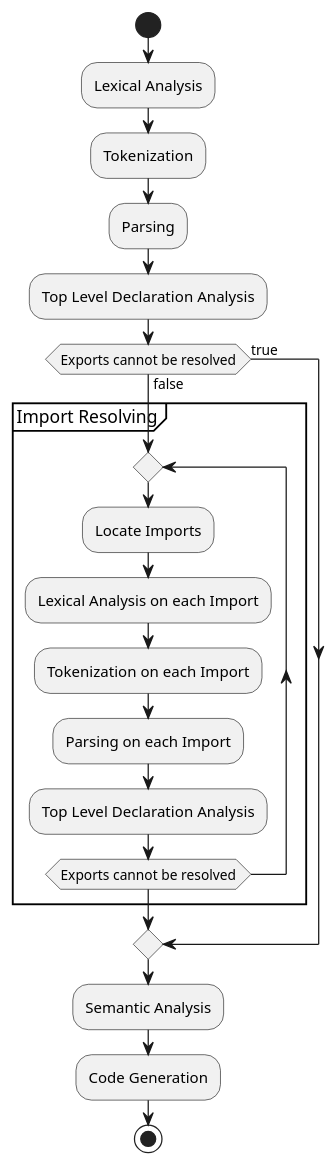
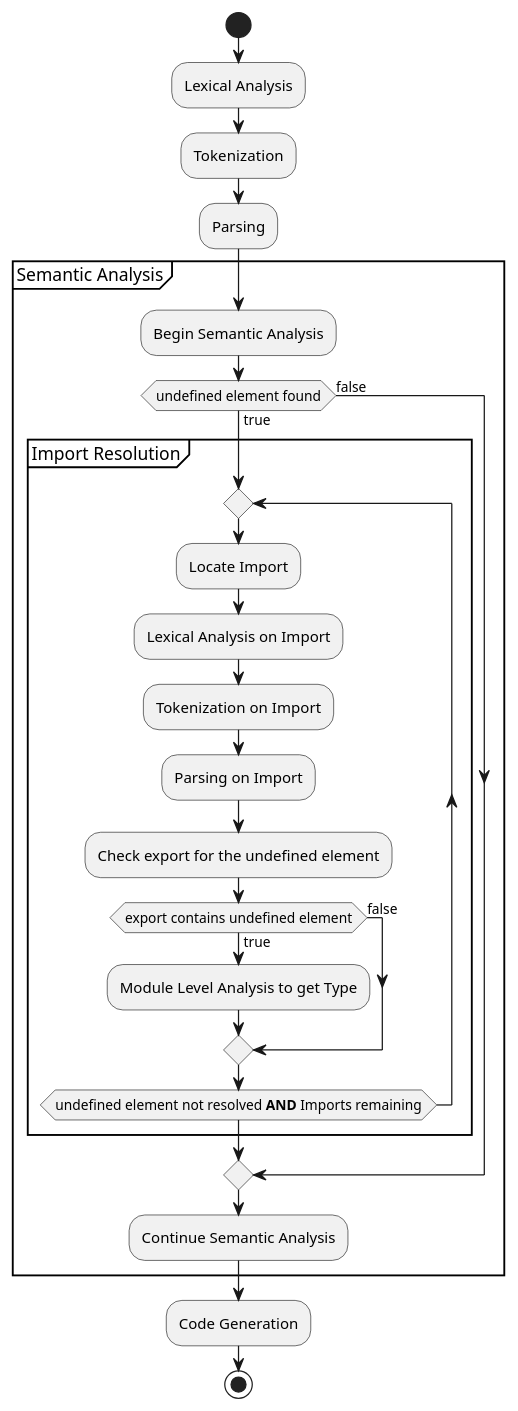
The diagram in concept/workflow.puml (nikschadowsky/BAALL), drawn with PlantUML before and after one commit.

Commit message:
feat: improve lazy import resolution workflow

```diff
--- a/concept/workflow.puml
+++ b/concept/workflow.puml
@@ -1,26 +1,32 @@
 @startuml
 'https://plantuml.com/activity-diagram-beta
 
 start
 :Lexical Analysis;
 :Tokenization;
 :Parsing;
-:Top Level Declaration Analysis;
-if (Exports cannot be resolved) then (true)
-else (false)
-partition Import Resolving {
-repeat
-    :Locate Imports;
-    :Lexical Analysis on each Import;
-    :Tokenization on each Import;
-    :Parsing on each Import;
-    :Top Level Declaration Analysis;
-    repeat while (Exports cannot be resolved)
+partition Semantic Analysis {
+    :Begin Semantic Analysis;
+    if (undefined element found) then (false)
+    else (true)
+    partition Import Resolution {
+    repeat
+        :Locate Import;
+        :Lexical Analysis on Import;
+        :Tokenization on Import;
+        :Parsing on Import;
+        :Check export for the undefined element;
+        if (export contains undefined element) then (true)
+            :Module Level Analysis to get Type;
+        else (false)
+        endif
+        repeat while (undefined element not resolved **AND** Imports remaining)
+        ' we have to consider all imports because of overloading and elements with the same name in general
+    }
+    endif
+    :Continue Semantic Analysis;
 }
-endif
-
-:Semantic Analysis;
 :Code Generation;
 stop
 
 @enduml
```
